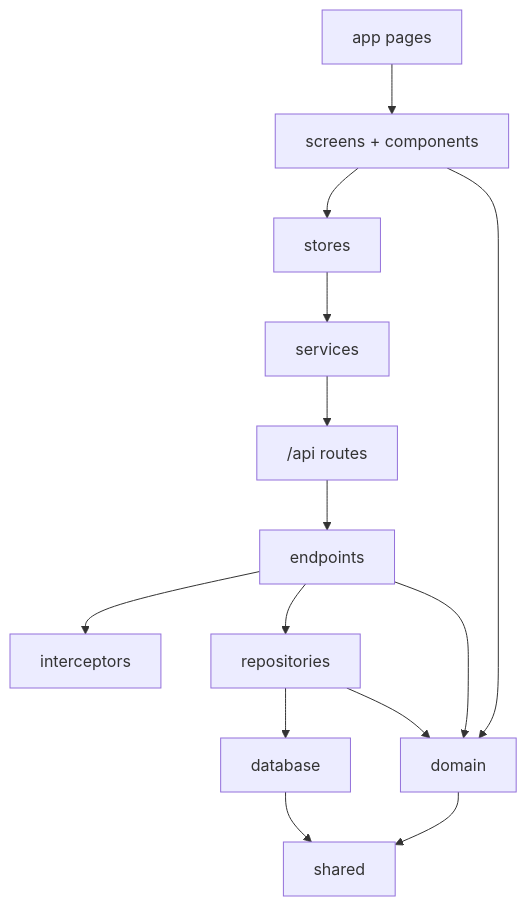
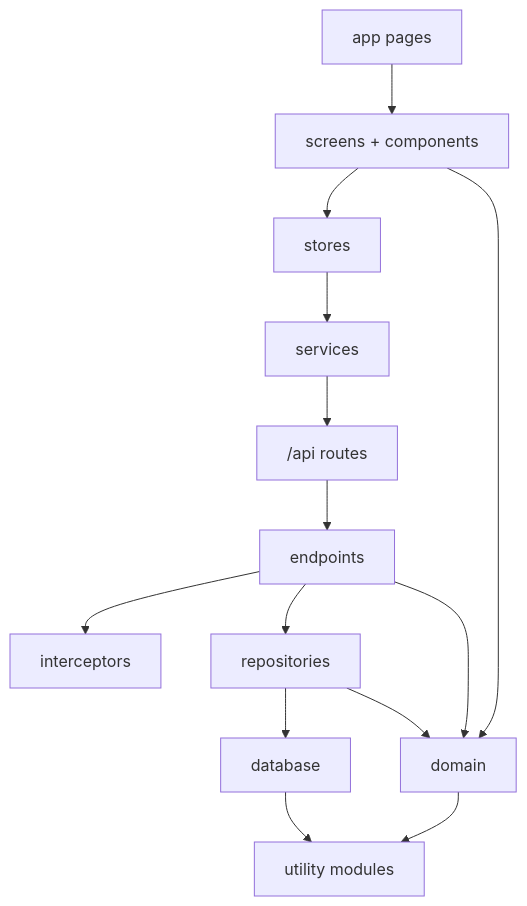
The second of 4 diagrams in CONTRIBUTING.md (yuriusuonly/paku-paku), drawn with Mermaid before and after one commit. The commit also changed other lines of this file and 188 other files, not shown here.

````diff
--- a/CONTRIBUTING.md
+++ b/CONTRIBUTING.md
@@ -104,16 +104,16 @@
 ```mermaid
 flowchart TD
   A["app pages"] --> B["screens + components"]
   B --> C["stores"]
   C --> D["services"]
   D --> E["/api routes"]
   E --> F["endpoints"]
   F --> G["interceptors"]
   F --> H["repositories"]
   H --> I["database"]
   F --> J["domain"]
   B --> J
   H --> J
-  J --> K["shared"]
+  J --> K["utility modules"]
   I --> K
 ```
````
